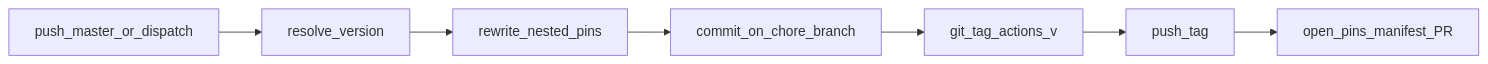
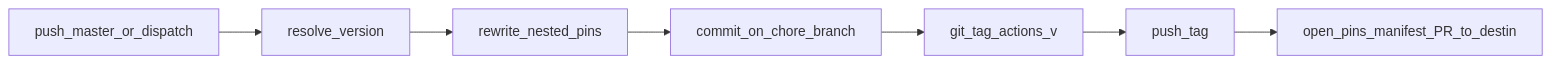
Before and after one commit to workers-world/worker-actions: diagram 17 of 18 in docs/actions-workflows.md, drawn with Mermaid. The commit also changed other lines of this file and 7 other files, not shown here.

First line of the commit message:
feat: bundle backfill targets destin; skip duplicate destin align

````diff
--- a/docs/actions-workflows.md
+++ b/docs/actions-workflows.md
@@ -365,9 +365,9 @@
 ```mermaid
 flowchart LR
   trigger[push_master_or_dispatch] --> resolve[resolve_version]
   resolve --> pins[rewrite_nested_pins]
   pins --> commit[commit_on_chore_branch]
   commit --> tag[git_tag_actions_v]
   tag --> pushTag[push_tag]
-  pushTag --> backfillPr[open_pins_manifest_PR]
+  pushTag --> backfillPr[open_pins_manifest_PR_to_destin]
 ```
````
